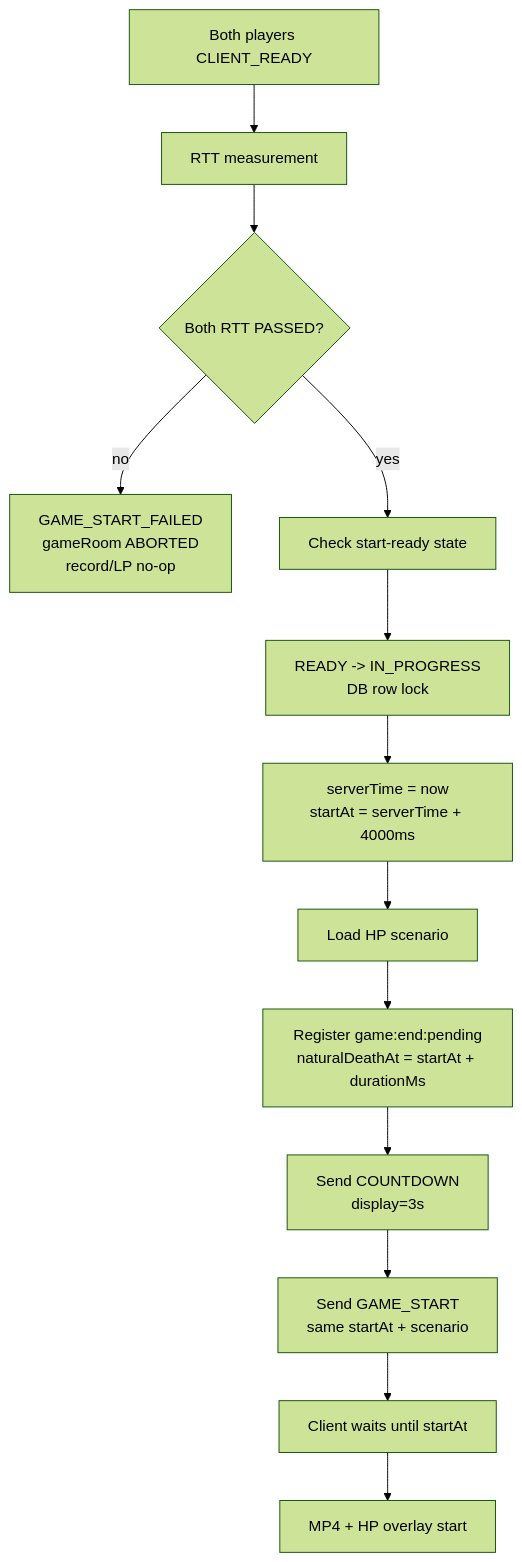
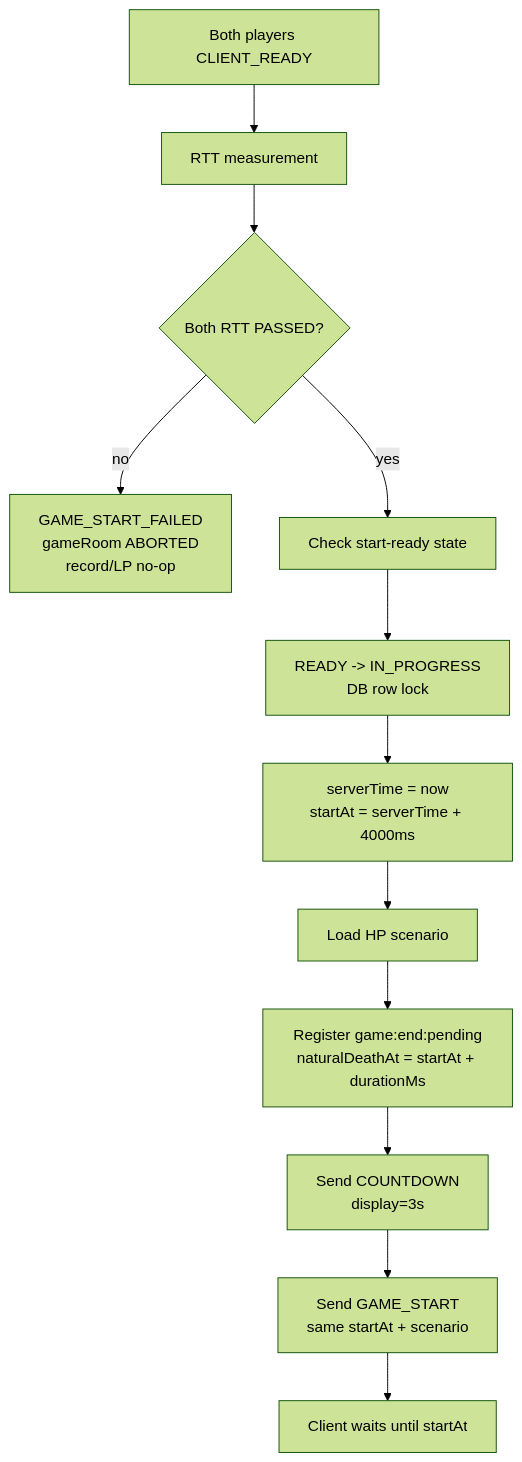
The second of 3 diagrams in docs/antigravity/backend/issue-46-game-start-hp-scenario.md (moonwhistle/League-of-Star), drawn with Mermaid (forest theme) before and after one commit. The commit also changed other lines of this file and 47 other files, not shown here.

````diff
--- a/docs/antigravity/backend/issue-46-game-start-hp-scenario.md
+++ b/docs/antigravity/backend/issue-46-game-start-hp-scenario.md
@@ -254,15 +247,14 @@
 ```mermaid
 flowchart TD
     A["Both players CLIENT_READY"] --> B["RTT measurement"]
     B --> C{"Both RTT PASSED?"}
     C -->|"no"| X["GAME_START_FAILED<br/>gameRoom ABORTED<br/>record/LP no-op"]
     C -->|"yes"| D["Check start-ready state"]
     D --> E["READY -> IN_PROGRESS<br/>DB row lock"]
     E --> F["serverTime = now<br/>startAt = serverTime + 4000ms"]
     F --> G["Load HP scenario"]
     G --> H["Register game:end:pending<br/>naturalDeathAt = startAt + durationMs"]
     H --> I["Send COUNTDOWN<br/>display=3s"]
     I --> J["Send GAME_START<br/>same startAt + scenario"]
     J --> K["Client waits until startAt"]
-    K --> L["MP4 + HP overlay start"]
 ```
````
